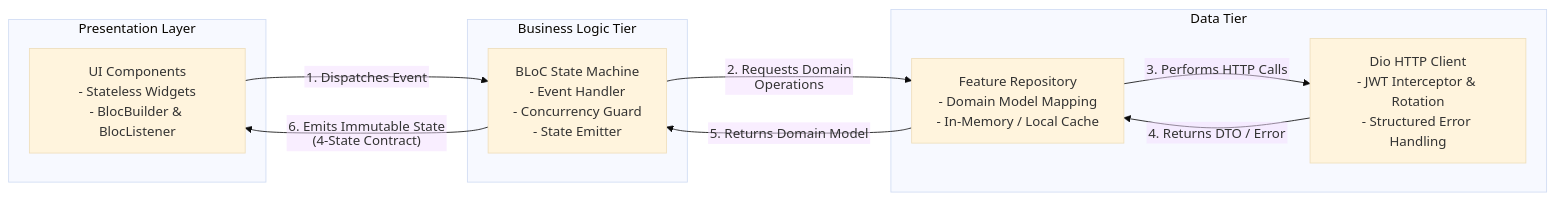
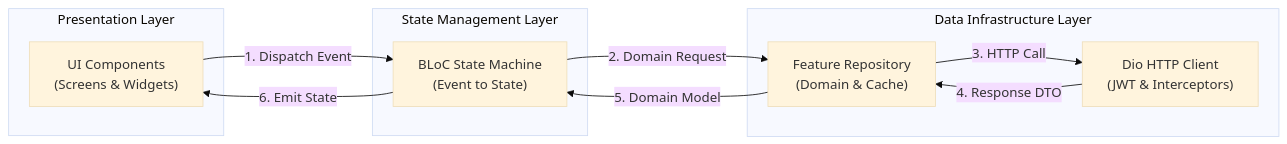
The second of 3 diagrams in README.md (Varian08/smart-local-planner), drawn with Mermaid (base theme) before and after one commit. The commit also changed other lines of this file and 4 other files, not shown here.

Commit message:
docs: standardize enterprise architecture diagrams and decouple node details into structured markdown tables

````diff
--- a/README.md
+++ b/README.md
@@ -90,23 +96,22 @@
 ```mermaid
-%%{init: {'flowchart': {'htmlLabels': false}}}%%
 flowchart LR
     subgraph UI_Layer ["Presentation Layer"]
-        UI["UI Components<br/>- Stateless Widgets<br/>- BlocBuilder & BlocListener"]
+        UI["UI Components<br/>(Screens & Widgets)"]
     end
 
-    subgraph BLoC_Layer ["Business Logic Tier"]
-        Bloc["BLoC State Machine<br/>- Event Handler<br/>- Concurrency Guard<br/>- State Emitter"]
+    subgraph BLoC_Layer ["State Management Layer"]
+        Bloc["BLoC State Machine<br/>(Event to State)"]
     end
 
-    subgraph Data_Layer ["Data Tier"]
-        Repo["Feature Repository<br/>- Domain Model Mapping<br/>- In-Memory / Local Cache"]
-        Network["Dio HTTP Client<br/>- JWT Interceptor & Rotation<br/>- Structured Error Handling"]
+    subgraph Data_Layer ["Data Infrastructure Layer"]
+        Repo["Feature Repository<br/>(Domain & Cache)"]
+        Network["Dio HTTP Client<br/>(JWT & Interceptors)"]
     end
 
-    UI -->|"1. Dispatches Event"| Bloc
-    Bloc -->|"2. Requests Domain Operations"| Repo
-    Repo -->|"3. Performs HTTP Calls"| Network
-    Network -->|"4. Returns DTO / Error"| Repo
-    Repo -->|"5. Returns Domain Model"| Bloc
-    Bloc -->|"6. Emits Immutable State (4-State Contract)"| UI
+    UI -->|"1. Dispatch Event"| Bloc
+    Bloc -->|"2. Domain Request"| Repo
+    Repo -->|"3. HTTP Call"| Network
+    Network -->|"4. Response DTO"| Repo
+    Repo -->|"5. Domain Model"| Bloc
+    Bloc -->|"6. Emit State"| UI
 ```
````
